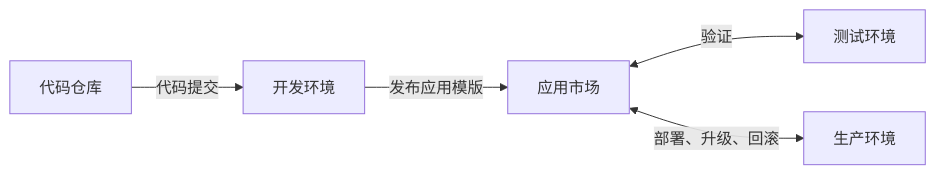
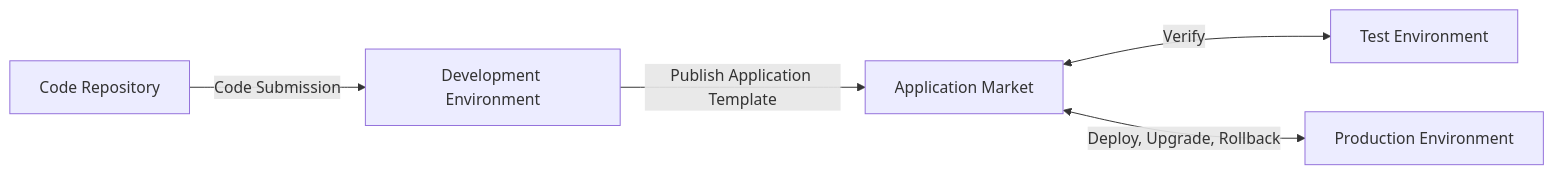
The diagram in docs/how-to-guides/delivery/continuous/ram.md (goodrain/rainbond-docs), drawn with Mermaid before and after one commit. The commit also changed other lines of this file and 855 other files, not shown here.

````diff
--- a/docs/how-to-guides/delivery/continuous/ram.md
+++ b/docs/how-to-guides/delivery/continuous/ram.md
@@ -16,7 +16,7 @@
 ```mermaid
 graph LR
-    A[代码仓库]-->|代码提交| B[开发环境]
-    B -->|发布应用模版| C[应用市场]
-    C <-->|验证| D[测试环境]
-    C <-->|部署、升级、回滚| E[生产环境]
+    A[Code Repository]-->|Code Submission| B[Development Environment]
+    B -->|Publish Application Template| C[Application Market]
+    C <-->|Verify| D[Test Environment]
+    C <-->|Deploy, Upgrade, Rollback| E[Production Environment]
 ```
````
